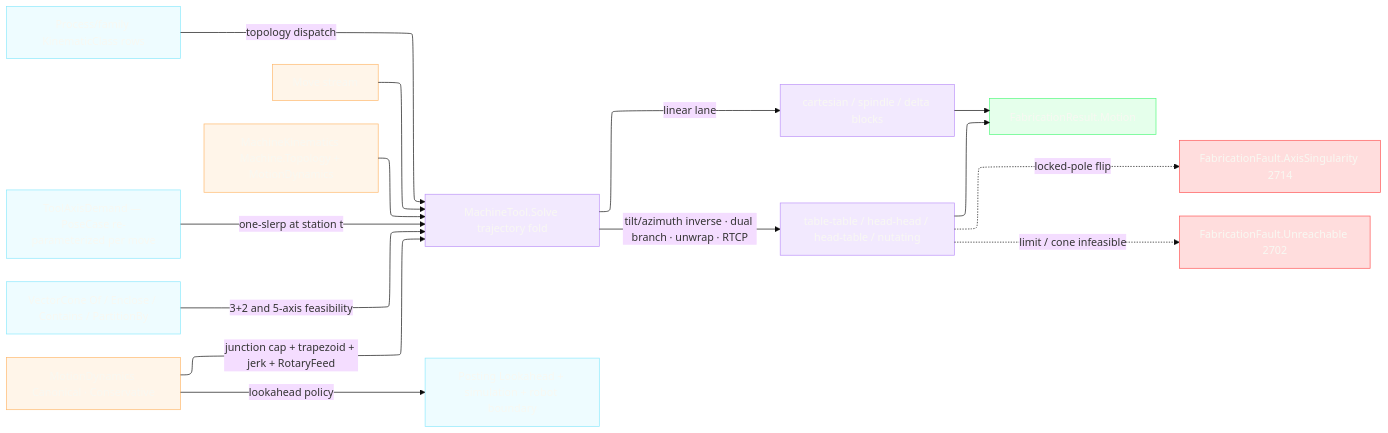
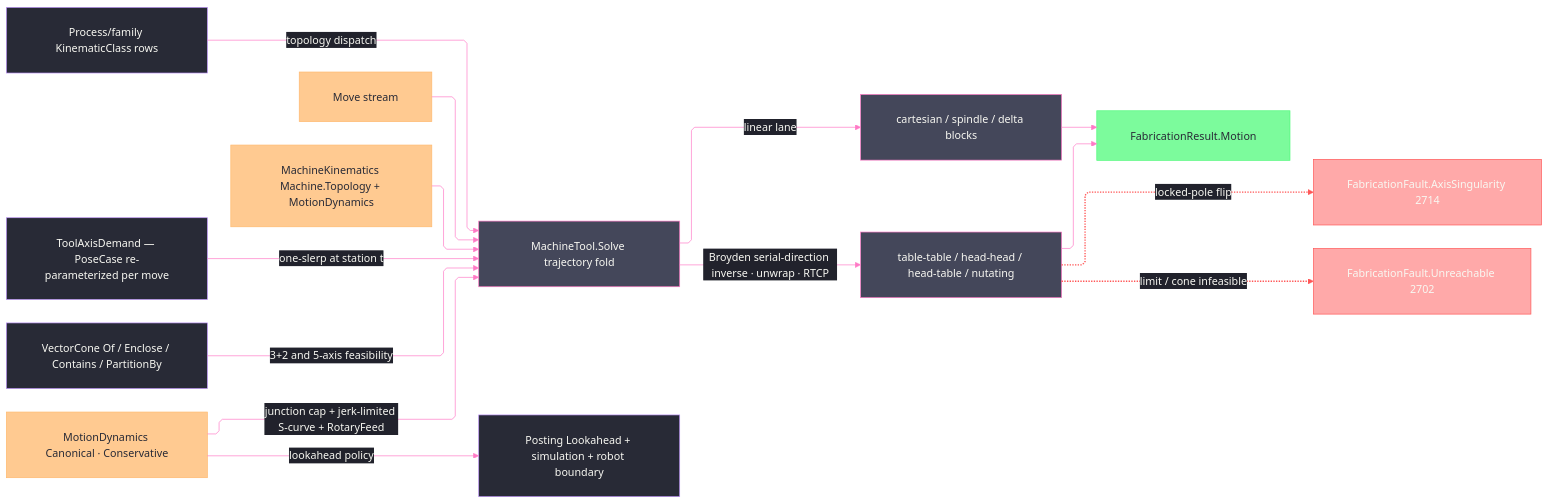
The diagram in libs/csharp/Rasm.Fabrication/.planning/Kinematics/machine.md (bsamiee/Rasm), drawn with Mermaid before and after one commit. The commit also changed other lines of this file and 128 other files, not shown here.

````diff
--- a/libs/csharp/Rasm.Fabrication/.planning/Kinematics/machine.md
+++ b/libs/csharp/Rasm.Fabrication/.planning/Kinematics/machine.md
@@ -314,38 +468,52 @@
 ```mermaid
 ---
 config:
-  layout: elk
   theme: base
   look: classic
+  layout: elk
+  flowchart:
+    curve: linear
+    padding: 25
   themeVariables:
-    fontFamily: "Inter, Arial, sans"
+    darkMode: true
+    fontFamily: "SF Mono, Menlo, Cascadia Mono, Segoe UI Mono, Consolas, monospace"
     useGradient: false
-    dropShadow: false
+    dropShadow: "none"
+    background: "#282A36"
+    primaryColor: "#44475A"
+    primaryTextColor: "#F8F8F2"
+    primaryBorderColor: "#BD93F9"
+    lineColor: "#FF79C6"
+    textColor: "#F8F8F2"
+    edgeLabelBackground: "#21222C"
+    labelBackgroundColor: "#21222C"
+  themeCSS: ".nodeLabel{font-size:13px;font-weight:500}.edgeLabel{font-size:12px;font-weight:500}.cluster-label .nodeLabel{font-size:13.5px;font-weight:700;letter-spacing:.08em}.edge-thickness-normal{stroke-width:2px}.edge-thickness-thick{stroke-width:3px}.edge-pattern-dashed,.edge-pattern-dotted{stroke-width:1.5px;stroke-dasharray:4 6}.node rect,.node circle,.node polygon,.node path,.node .outer-path{stroke-width:1.5px;filter:none!important}.cluster rect{stroke-width:1px!important;stroke-dasharray:5 4!important;filter:none!important}.marker path{transform:scale(.8);transform-origin:5px 5px}.marker circle{transform:scale(.48);transform-origin:5px 5px}.edgeLabel rect{transform-box:fill-box;transform-origin:center;transform:scale(1.1,1.2)}"
 ---
 flowchart LR
     accTitle: Machine-tool kinematics owner
     accDescr: MachineTool.Solve threads a trajectory fold over process-family topology, per-move orientation intent, rotary continuity, RTCP compensation, and dynamics-true timing into FabricationResult.Motion.
     Moves["Move stream"] --> Solve["MachineTool.Solve trajectory fold"]
     Kin["MachineKinematics Machine.Topology + MotionDynamics"] --> Solve
     Family["Process/family KinematicClass rows"] -->|topology dispatch| Solve
     Pose["ToolAxisDemand — PoseCase re-parameterized per move"] -->|"one-slerp at station t"| Solve
     Cone["VectorCone Of / Enclose / Contains / PartitionBy"] -->|3+2 and 5-axis feasibility| Solve
     Solve -->|linear lane| Linear["cartesian / spindle / delta blocks"]
-    Solve -->|"tilt/azimuth inverse · dual branch · unwrap · RTCP"| Rotary["table-table / head-head / head-table / nutating"]
+    Solve -->|"Broyden serial-direction inverse · unwrap · RTCP"| Rotary["table-table / head-head / head-table / nutating"]
     Rotary -.->|locked-pole flip| Fault["FabricationFault.AxisSingularity 2714"]
     Rotary -.->|limit / cone infeasible| Unreach["FabricationFault.Unreachable 2702"]
     Linear --> Motion["FabricationResult.Motion"]
     Rotary --> Motion
-    Dynamics["MotionDynamics Canonical · Conservative"] -->|"junction cap + trapezoid + jerk + RotaryFeed"| Solve
+    Dynamics["MotionDynamics Canonical · Conservative"] -->|"junction cap + jerk-limited S-curve + RotaryFeed"| Solve
     Dynamics -->|lookahead policy| Posting["Posting Lookahead + simulation + robot boundary"]
     class Moves,Kin,Dynamics data
     class Family,Pose,Cone,Posting boundary
     class Solve,Linear,Rotary primary
     class Motion success
     class Fault,Unreach error
-    classDef primary fill:#BD93F933,stroke:#BD93F9,color:#F8F8F2
-    classDef boundary fill:#8BE9FD26,stroke:#8BE9FD,color:#F8F8F2
-    classDef success fill:#50FA7B26,stroke:#50FA7B,color:#F8F8F2
-    classDef error fill:#FF555533,stroke:#FF5555,color:#F8F8F2
-    classDef data fill:#FFB86C26,stroke:#FFB86C,color:#F8F8F2
+    classDef primary fill:#44475A,stroke:#FF79C6,color:#F8F8F2
+    classDef success fill:#50FA7BBF,stroke:#50FA7B,color:#282A36
+    classDef data fill:#FFB86CBF,stroke:#FFB86C,color:#282A36
+    classDef boundary fill:#282A36,stroke:#BD93F9,color:#F8F8F2
+    classDef error fill:#FF555580,stroke:#FF5555,color:#F8F8F2
+    linkStyle 7,8 stroke:#FF5555,stroke-width:2px
 ```
````
